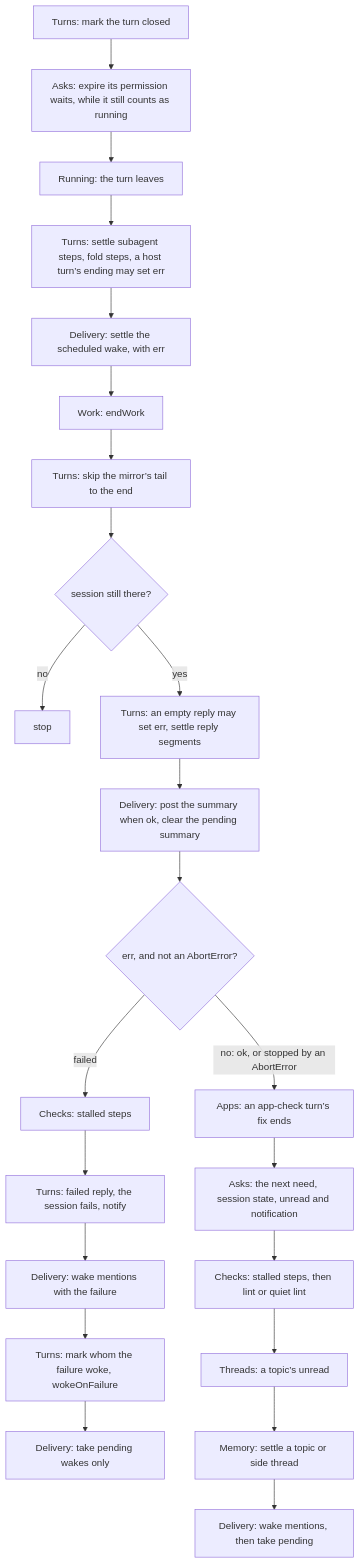
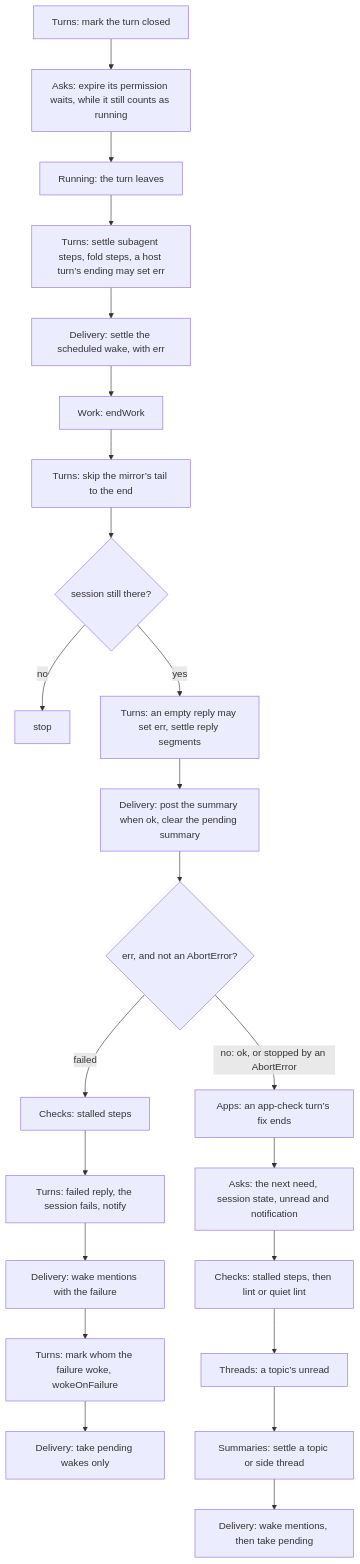
Before and after one commit to HJeon139/postbox: the third of 4 diagrams in designs/architecture/services.md, drawn with Mermaid. The commit also changed other lines of this file and 3 other files, not shown here.

First line of the commit message:
docs(architecture): mark step 10 done, with memory and summaries split, and what it found

````diff
--- a/designs/architecture/services.md
+++ b/designs/architecture/services.md
@@ -272,25 +282,25 @@
 ```mermaid
 flowchart TD
   A[Turns: mark the turn closed] --> B[Asks: expire its permission waits, while it still counts as running]
   B --> C[Running: the turn leaves]
   C --> D[Turns: settle subagent steps, fold steps, a host turn’s ending may set err]
   D --> E[Delivery: settle the scheduled wake, with err]
   E --> F[Work: endWork]
   F --> G0[Turns: skip the mirror’s tail to the end]
   G0 --> S{session still there?}
   S -->|no| Z[stop]
   S -->|yes| G[Turns: an empty reply may set err, settle reply segments]
   G --> H[Delivery: post the summary when ok, clear the pending summary]
   H --> I{err, and not an AbortError?}
   I -->|failed| J[Checks: stalled steps]
   J --> K[Turns: failed reply, the session fails, notify]
   K --> L[Delivery: wake mentions with the failure]
   L --> L2[Turns: mark whom the failure woke, wokeOnFailure]
   L2 --> L3[Delivery: take pending wakes only]
   I -->|no: ok, or stopped by an AbortError| M[Apps: an app-check turn’s fix ends]
   M --> N[Asks: the next need, session state, unread and notification]
   N --> O[Checks: stalled steps, then lint or quiet lint]
   O --> P[Threads: a topic’s unread]
-  P --> Q[Memory: settle a topic or side thread]
+  P --> Q[Summaries: settle a topic or side thread]
   Q --> R[Delivery: wake mentions, then take pending]
 ```
````
